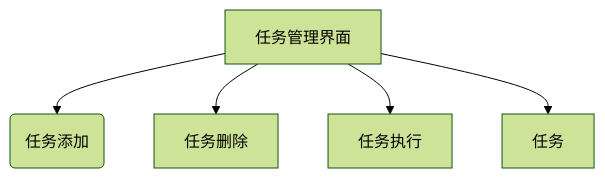
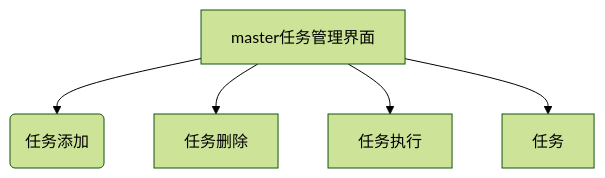
The first of 2 diagrams in README.md (echo-music/go-crontab), drawn with Mermaid (forest theme) before and after one commit. The commit also changed other lines of this file, not shown here.

````diff
--- a/README.md
+++ b/README.md
@@ -7,9 +7,9 @@
 ```mermaid
 graph TD
-A[任务管理界面] --> B(任务添加)
+A[master任务管理界面] --> B(任务添加)
 A --> C[任务删除]
 A --> D[任务执行]	
 A --> E[任务]
   
   
 ```
````
